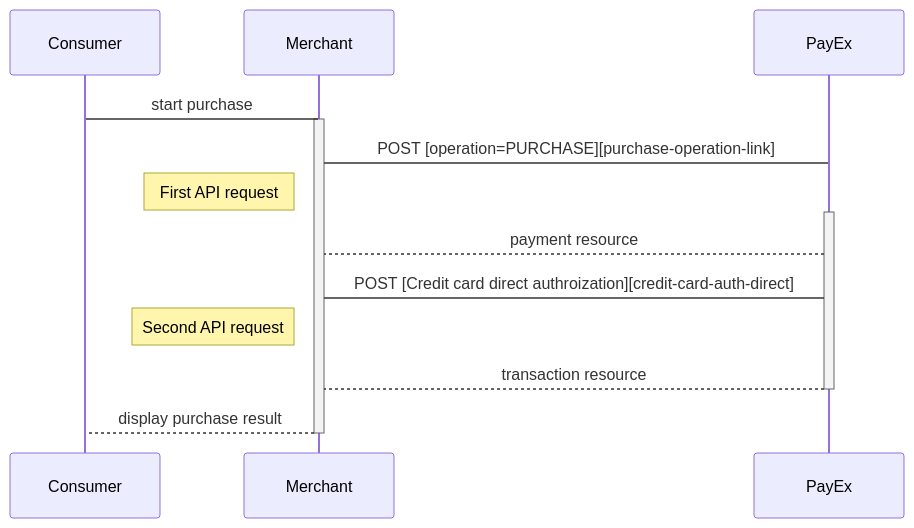
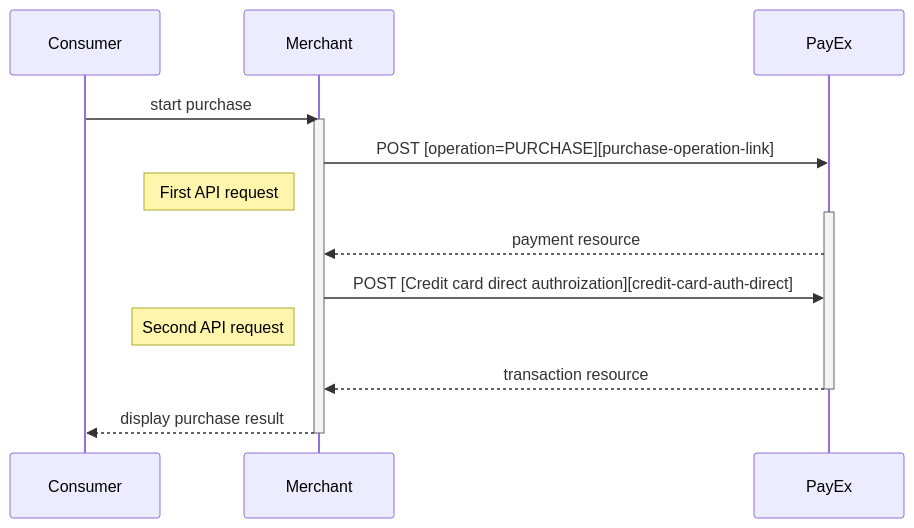
One commit to SwedbankPay/developer.swedbankpay.com changed the first of 2 diagrams in payments/credit-card/direct.md. Above: the diagram before and after it, drawn with Mermaid. The commit also changed other lines of this file and 4 other files, not shown here.

Commit message:
DX-266 Reorganizing credit-card section. Fixing typos, links, tables and diagrams. Adding finalize to after-payment.

````diff
--- a/payments/credit-card/direct.md
+++ b/payments/credit-card/direct.md
@@ -70,17 +70,17 @@
 ```mermaid
 sequenceDiagram
-  Consumer->Merchant: start purchase
+  Consumer->>Merchant: start purchase
   activate Merchant
-  Merchant->PayEx: POST [operation=PURCHASE][purchase-operation-link]
+  Merchant->>PayEx: POST [operation=PURCHASE][purchase-operation-link]
   note left of Merchant: First API request
   activate PayEx
-  PayEx-->Merchant: payment resource
+  PayEx-->>Merchant: payment resource
 
-  Merchant -> PayEx: POST [Credit card direct authroization][credit-card-auth-direct]
+  Merchant ->> PayEx: POST [Credit card direct authroization][credit-card-auth-direct]
   note left of Merchant: Second API request
-  PayEx --> Merchant: transaction resource
+  PayEx -->> Merchant: transaction resource
 
   deactivate PayEx
-  Merchant-->Consumer: display purchase result
+  Merchant-->>Consumer: display purchase result
   deactivate Merchant
 ```
````
